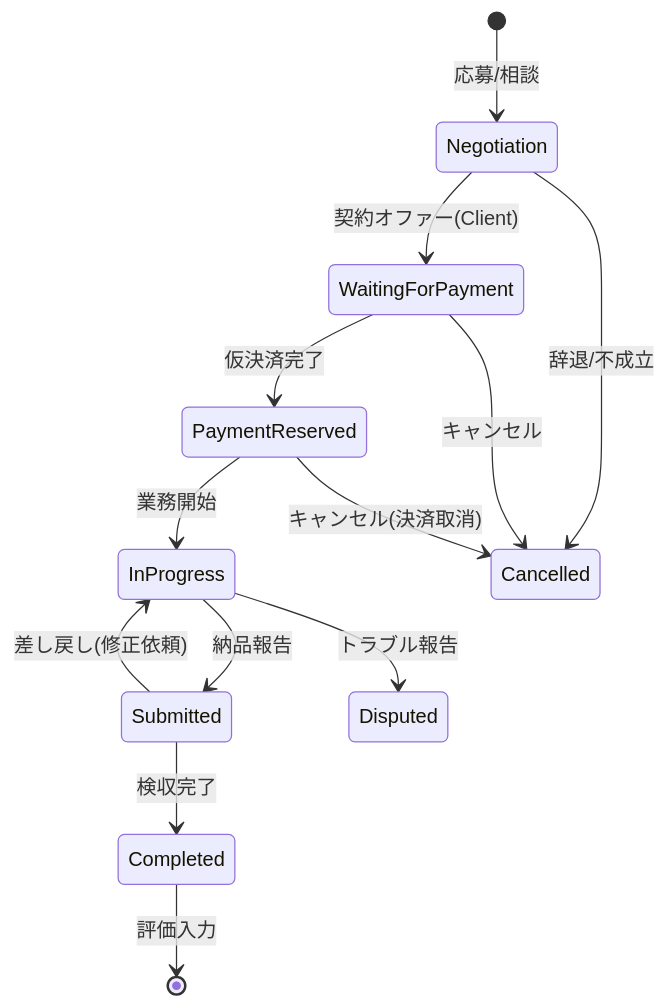
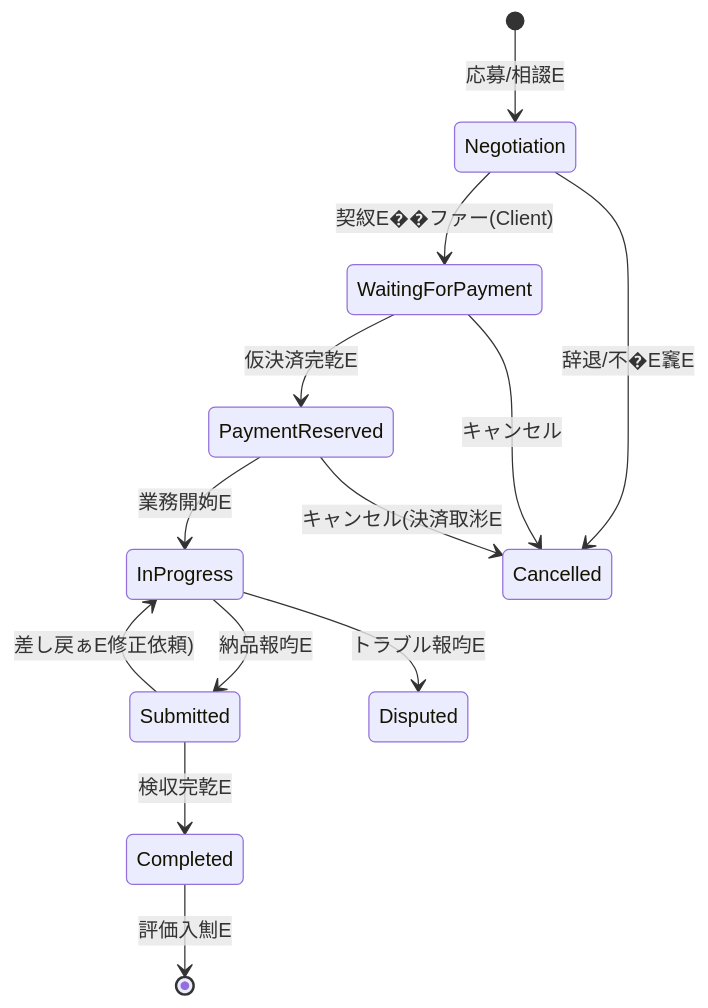
Before and after one commit to yamazarukyoto/projectmarkethub: the diagram in ★sekkei.md, drawn with Mermaid. The commit also changed other lines of this file and 20 other files, not shown here.

````diff
--- a/★sekkei.md
+++ b/★sekkei.md
@@ -155,16 +155,16 @@
 ```mermaid
 stateDiagram-v2
-    [*] --> Negotiation: 応募/相談
-    Negotiation --> WaitingForPayment: 契約オファー(Client)
-    WaitingForPayment --> PaymentReserved: 仮決済完了
-    PaymentReserved --> InProgress: 業務開始
-    InProgress --> Submitted: 納品報告
-    Submitted --> InProgress: 差し戻し(修正依頼)
-    Submitted --> Completed: 検収完了
-    Completed --> [*]: 評価入力
+    [*] --> Negotiation: 応募/相諁E
+    Negotiation --> WaitingForPayment: 契紁E��ファー(Client)
+    WaitingForPayment --> PaymentReserved: 仮決済完亁E
+    PaymentReserved --> InProgress: 業務開姁E
+    InProgress --> Submitted: 納品報呁E
+    Submitted --> InProgress: 差し戻ぁE修正依頼)
+    Submitted --> Completed: 検収完亁E
+    Completed --> [*]: 評価入劁E
     
-    Negotiation --> Cancelled: 辞退/不成立
+    Negotiation --> Cancelled: 辞退/不�E竁E
     WaitingForPayment --> Cancelled: キャンセル
-    PaymentReserved --> Cancelled: キャンセル(決済取消)
-    InProgress --> Disputed: トラブル報告
+    PaymentReserved --> Cancelled: キャンセル(決済取涁E
+    InProgress --> Disputed: トラブル報呁E
 ```
````
